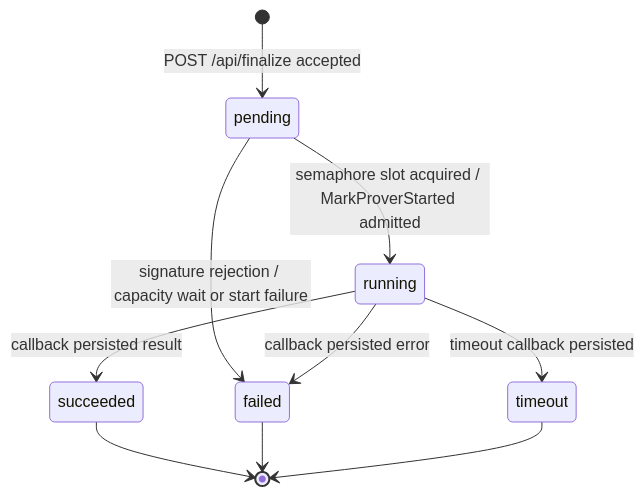
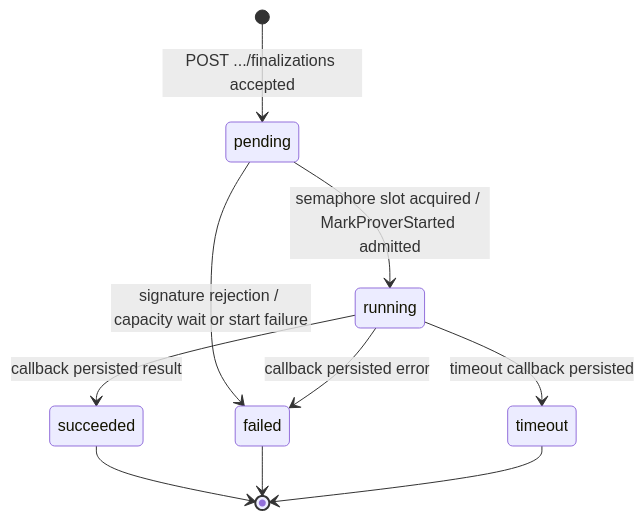
One commit to hwatanabe-jp/stark-ballot-simulator-public changed the third of 3 diagrams in public-book/src/aws/async-prover.md. Above: the diagram before and after it, drawn with Mermaid. The commit also changed other lines of this file and 1001 other files, not shown here.

````diff
--- a/public-book/src/aws/async-prover.md
+++ b/public-book/src/aws/async-prover.md
@@ -203,12 +222,12 @@
 ```mermaid
 stateDiagram-v2
-  [*] --> pending: POST /api/finalize accepted
+  [*] --> pending: POST .../finalizations accepted
   pending --> running: semaphore slot acquired / MarkProverStarted admitted
   pending --> failed: signature rejection / capacity wait or start failure
   running --> succeeded: callback persisted result
   running --> failed: callback persisted error
   running --> timeout: timeout callback persisted
   succeeded --> [*]
   failed --> [*]
   timeout --> [*]
 ```
````
